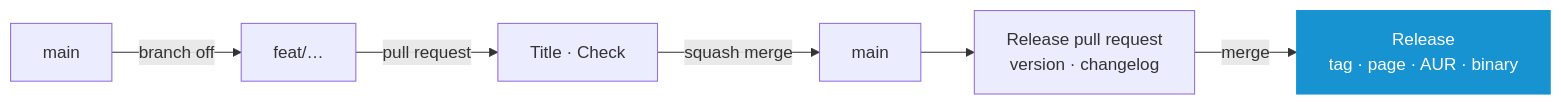
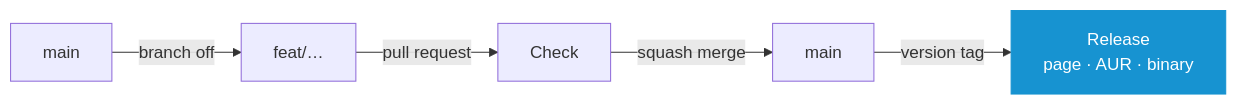
One commit to murkl/arch-os-manager changed the diagram in docs/CONTRIBUTING.md. Above: the diagram before and after it, drawn with Mermaid. The commit also changed other lines of this file and 13 other files, not shown here.

````diff
--- a/docs/CONTRIBUTING.md
+++ b/docs/CONTRIBUTING.md
@@ -32,10 +32,9 @@
 ```mermaid
 flowchart LR
     M["main"] -->|branch off| B["feat/…"]
-    B -->|pull request| I["Title · Check"]
+    B -->|pull request| I["Check"]
     I -->|squash merge| M2["main"]
-    M2 --> P["Release pull request<br/>version · changelog"]
-    P -->|merge| R["Release<br/>tag · page · AUR · binary"]
+    M2 -->|version tag| R["Release<br/>page · AUR · binary"]
 
     style R fill:#1793d1,stroke:#1793d1,color:#fff
 ```
````
